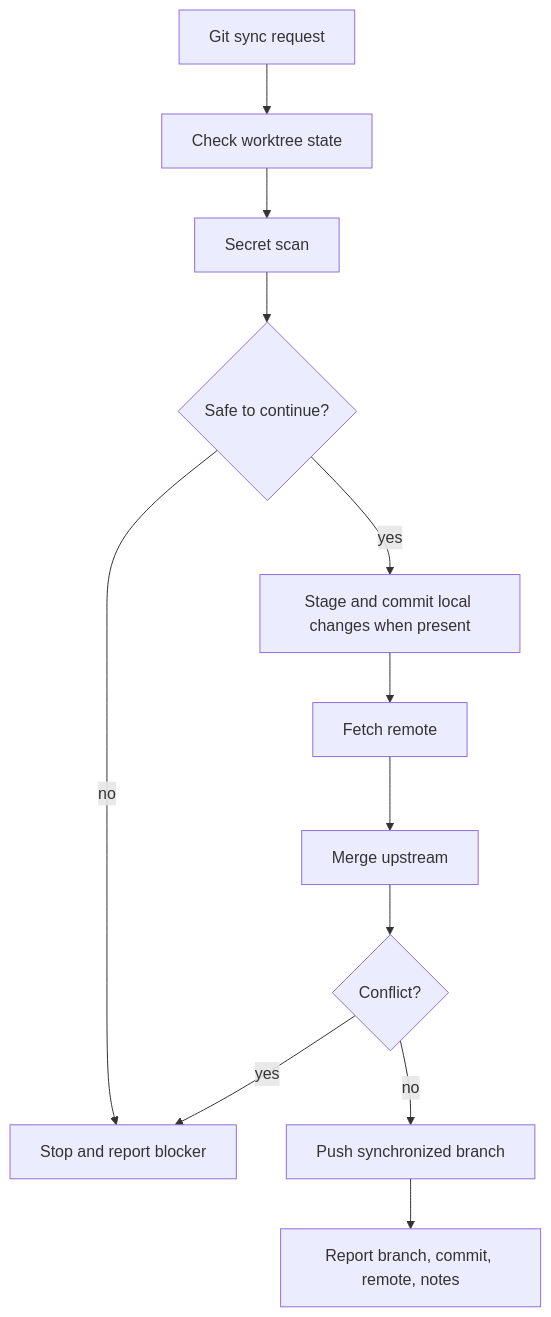
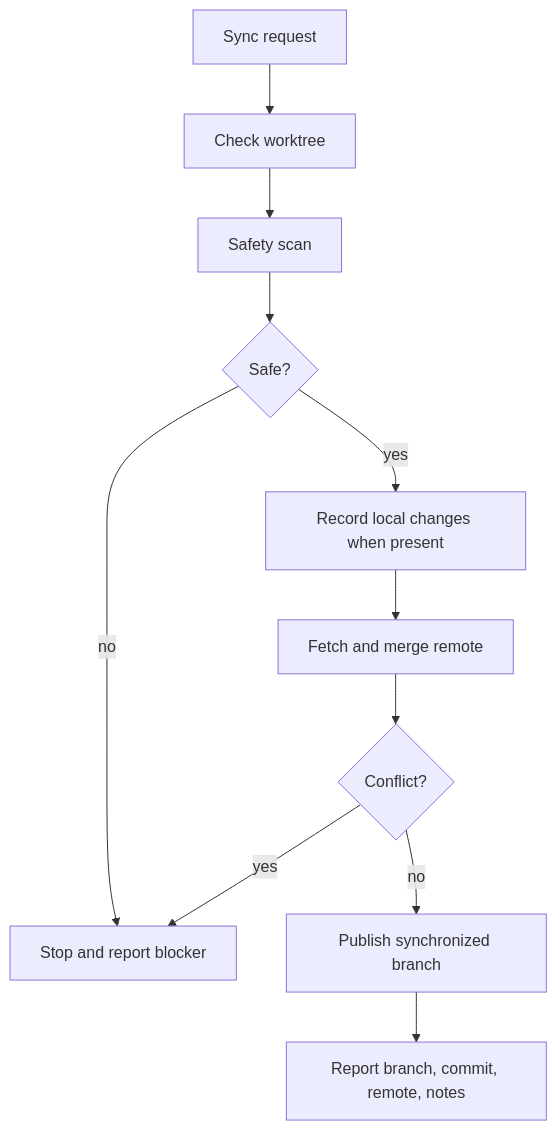
One commit to siyrs/dev-baseline changed the fourth of 4 diagrams in README.md. Above: the diagram before and after it, drawn with Mermaid. The commit also changed other lines of this file, not shown here.

Commit message:
docs: update readme with compact task flow

````diff
--- a/README.md
+++ b/README.md
@@ -95,14 +102,13 @@
 ```mermaid
 flowchart TD
-  A[Git sync request] --> B[Check worktree state]
-  B --> C[Secret scan]
-  C --> D{Safe to continue?}
+  A[Sync request] --> B[Check worktree]
+  B --> C[Safety scan]
+  C --> D{Safe?}
   D -->|no| E[Stop and report blocker]
-  D -->|yes| F[Stage and commit local changes when present]
-  F --> G[Fetch remote]
-  G --> H[Merge upstream]
-  H --> I{Conflict?}
-  I -->|yes| E
-  I -->|no| J[Push synchronized branch]
-  J --> K[Report branch, commit, remote, notes]
+  D -->|yes| F[Record local changes when present]
+  F --> G[Fetch and merge remote]
+  G --> H{Conflict?}
+  H -->|yes| E
+  H -->|no| I[Publish synchronized branch]
+  I --> J[Report branch, commit, remote, notes]
 ```
````
